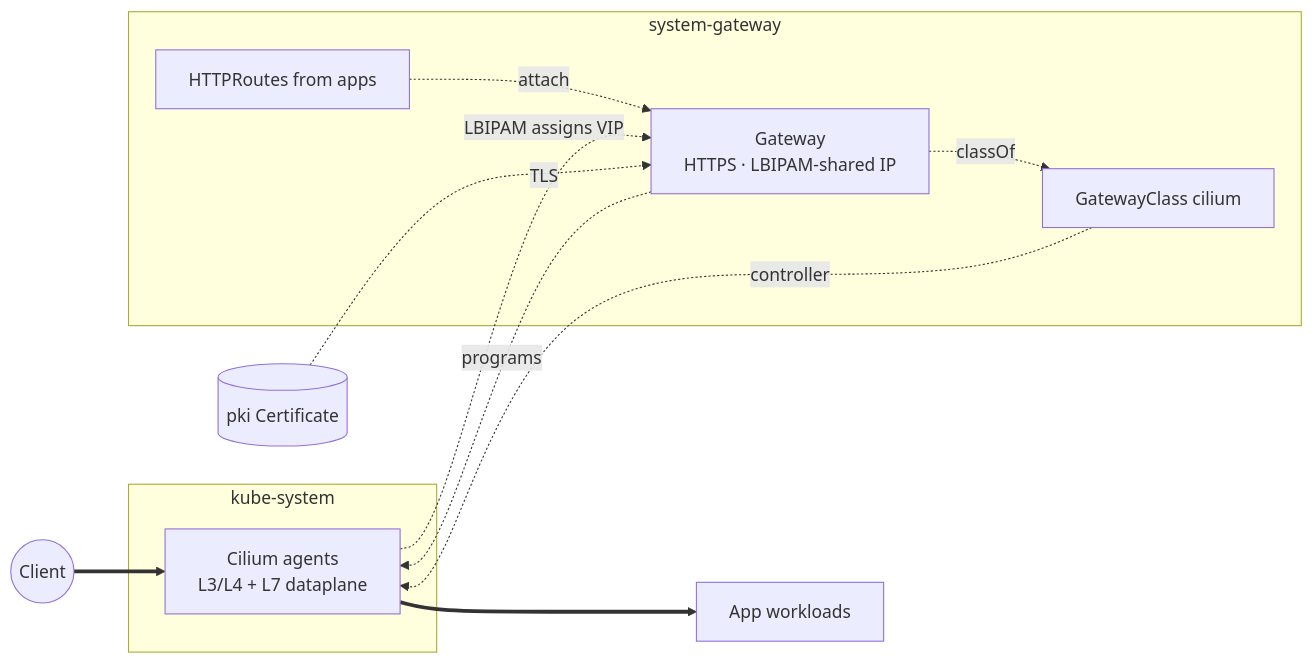
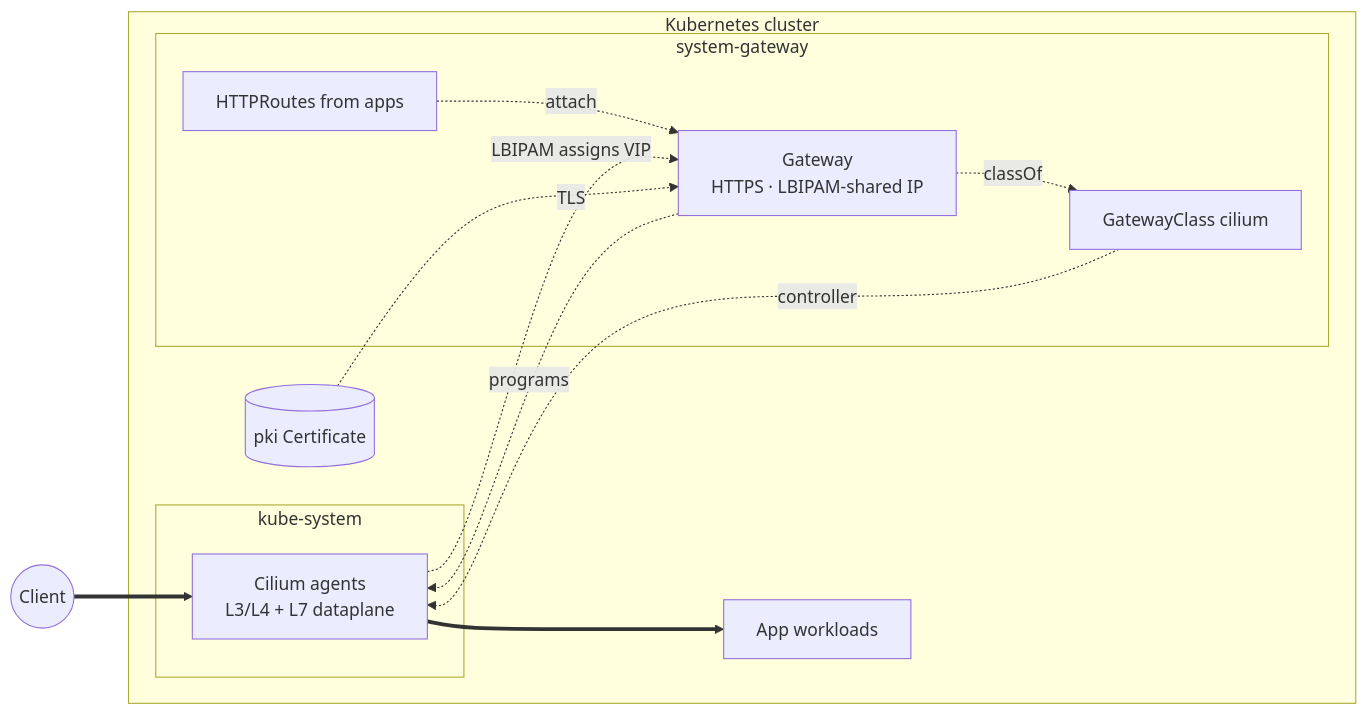
The fourth of 4 diagrams in kustomize/gateway/README.md (windsorcli/core), drawn with Mermaid before and after one commit. The commit also changed other lines of this file and 9 other files, not shown here.

````diff
--- a/kustomize/gateway/README.md
+++ b/kustomize/gateway/README.md
@@ -198,24 +214,26 @@
 ```mermaid
 flowchart LR
   client((Client))
 
-  subgraph systemgateway[system-gateway]
-    gc[GatewayClass cilium]
-    gw[Gateway<br/>HTTPS · LBIPAM-shared IP]
-    routes[HTTPRoutes from apps]
+  subgraph cluster[Kubernetes cluster]
+    subgraph systemgateway[system-gateway]
+      gc[GatewayClass cilium]
+      gw[Gateway<br/>HTTPS · LBIPAM-shared IP]
+      routes[HTTPRoutes from apps]
+    end
+
+    subgraph kubesystem[kube-system]
+      cil[Cilium agents<br/>L3/L4 + L7 dataplane]
+    end
+
+    cert[(pki Certificate)]
+    app[App workloads]
   end
-
-  subgraph kubesystem[kube-system]
-    cil[Cilium agents<br/>L3/L4 + L7 dataplane]
-  end
-
-  cert[(pki Certificate)]
-  app[App workloads]
 
   client ==> cil ==> app
   gw -. classOf .-> gc -. controller .-> cil
   gw -. programs .-> cil
   routes -. attach .-> gw
   cil -. LBIPAM assigns VIP .-> gw
   cert -. TLS .-> gw
 ```
````
